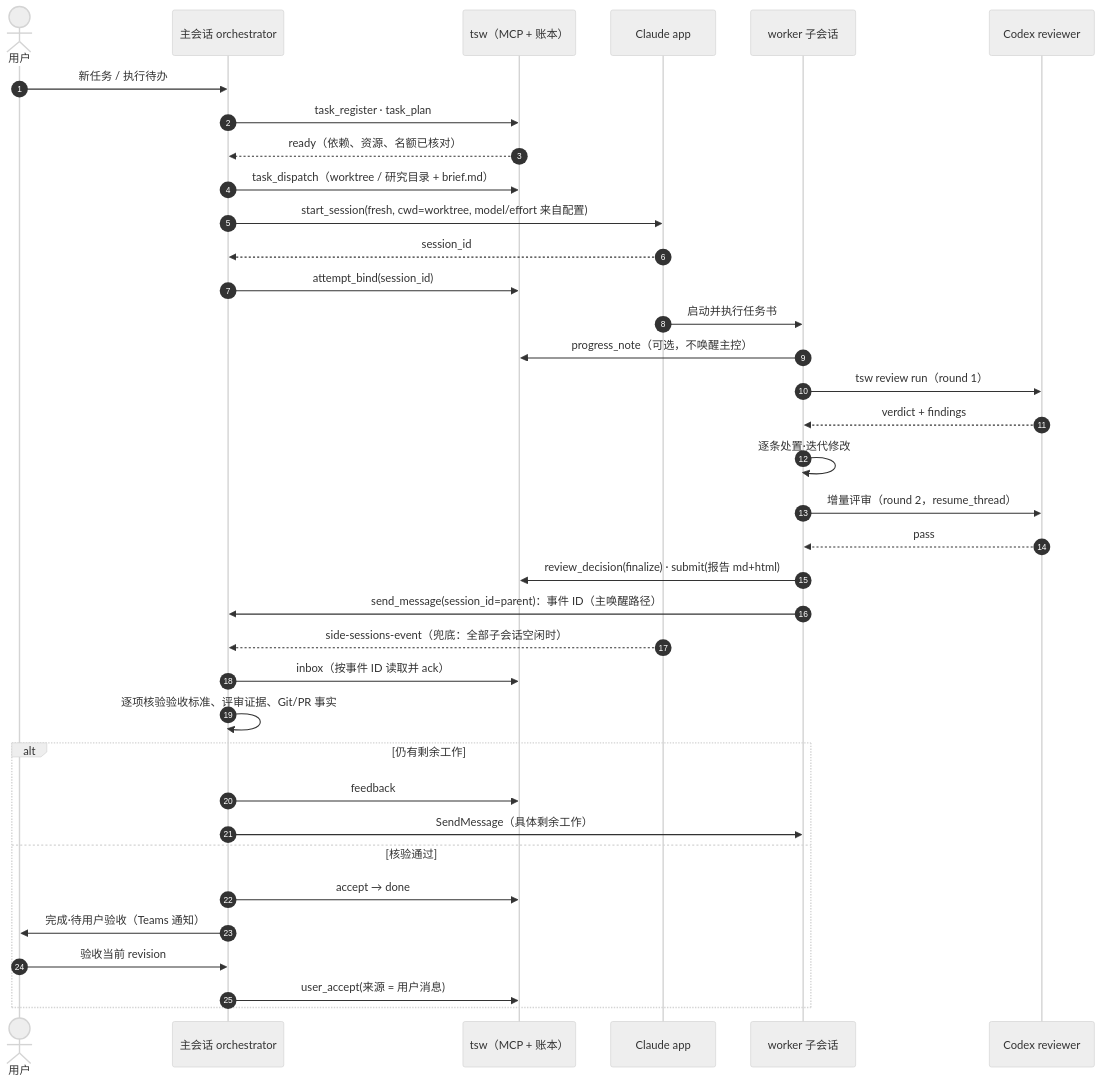
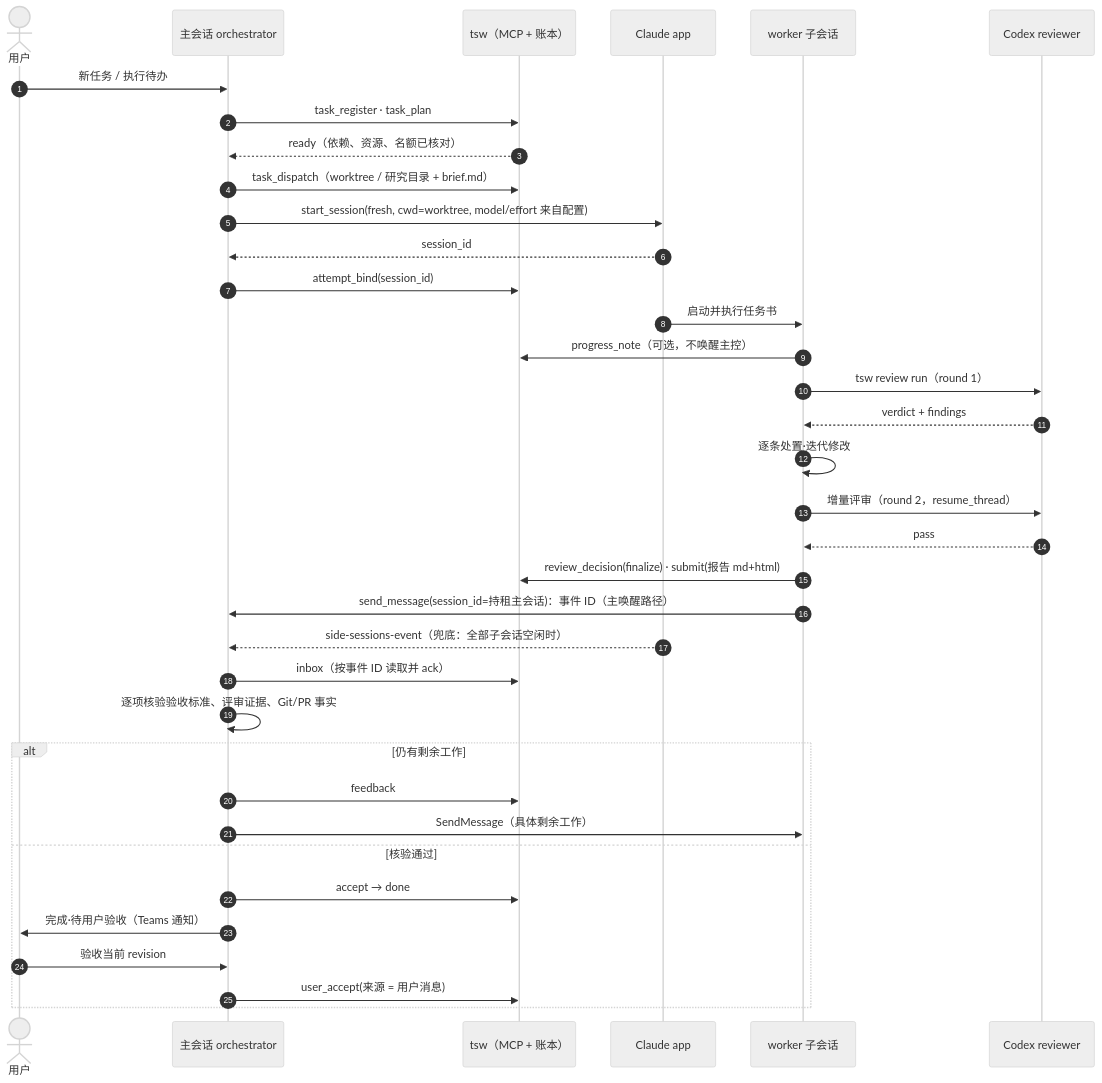
Before and after one commit to flyrobin620/task-steward: the diagram in docs/design/diagrams/end-to-end-sequence.mmd, drawn with Mermaid (neutral theme). The commit also changed 37 other files, not shown here.

```diff
--- a/docs/design/diagrams/end-to-end-sequence.mmd
+++ b/docs/design/diagrams/end-to-end-sequence.mmd
@@ -1,37 +1,37 @@
 sequenceDiagram
     autonumber
     actor U as 用户
     participant O as 主会话 orchestrator
     participant C as tsw（MCP + 账本）
     participant A as Claude app
     participant W as worker 子会话
     participant X as Codex reviewer
 
     U->>O: 新任务 / 执行待办
     O->>C: task_register · task_plan
     C-->>O: ready（依赖、资源、名额已核对）
     O->>C: task_dispatch（worktree / 研究目录 + brief.md）
     O->>A: start_session(fresh, cwd=worktree, model/effort 来自配置)
     A-->>O: session_id
     O->>C: attempt_bind(session_id)
     A->>W: 启动并执行任务书
     W->>C: progress_note（可选，不唤醒主控）
     W->>X: tsw review run（round 1）
     X-->>W: verdict + findings
     W->>W: 逐条处置·迭代修改
     W->>X: 增量评审（round 2，resume_thread）
     X-->>W: pass
     W->>C: review_decision(finalize) · submit(报告 md+html)
-    W->>O: send_message(session_id=parent)：事件 ID（主唤醒路径）
+    W->>O: send_message(session_id=持租主会话)：事件 ID（主唤醒路径）
     A-->>O: side-sessions-event（兜底：全部子会话空闲时）
     O->>C: inbox（按事件 ID 读取并 ack）
     O->>O: 逐项核验验收标准、评审证据、Git/PR 事实
     alt 仍有剩余工作
         O->>C: feedback
         O->>W: SendMessage（具体剩余工作）
     else 核验通过
         O->>C: accept → done
         O->>U: 完成·待用户验收（Teams 通知）
         U->>O: 验收当前 revision
         O->>C: user_accept(来源 = 用户消息)
     end
```
